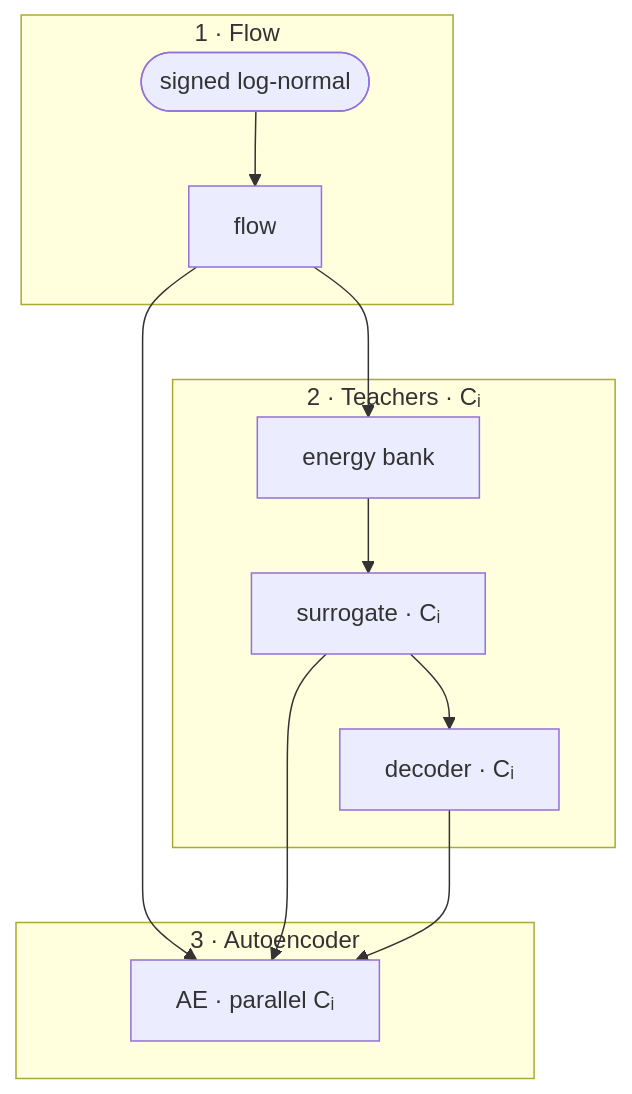
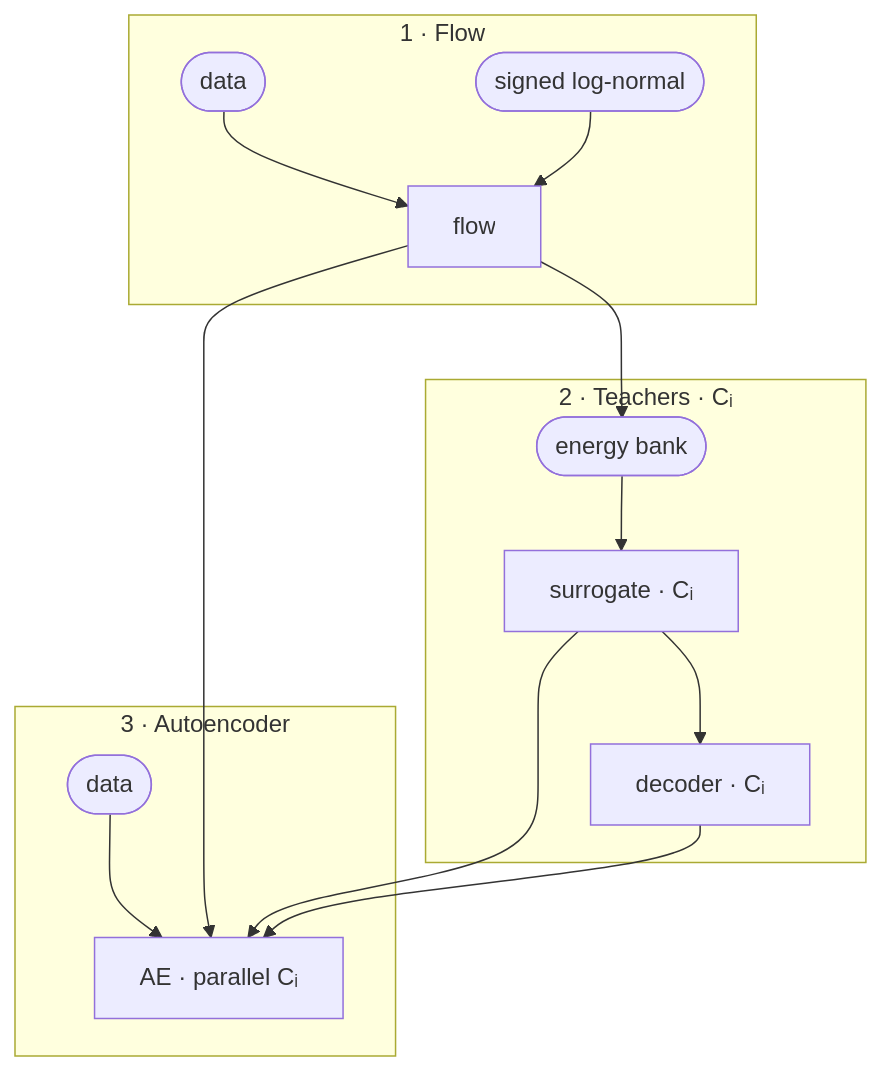
Before and after one commit to matovitch/lpap: the first of 2 diagrams in README.md, drawn with Mermaid. The commit also changed other lines of this file, not shown here.

Commit message:
Clarify training-procedure diagram with rounded data nodes.
Show generic data feeding the flow and AE, and treat the energy bank as data too.

````diff
--- a/README.md
+++ b/README.md
@@ -39,17 +40,18 @@
 ```mermaid
 flowchart TB
   subgraph s1 ["1 · Flow"]
-    prior(["signed log-normal"]) --> flow[flow]
+    data1([data]) --> flow[flow]
+    prior([signed log-normal]) --> flow
   end
   subgraph s2 ["2 · Teachers · Cᵢ"]
-    bank[energy bank] --> sur["surrogate · Cᵢ"]
+    bank([energy bank]) --> sur["surrogate · Cᵢ"]
     sur --> dec["decoder · Cᵢ"]
   end
   subgraph s3 ["3 · Autoencoder"]
-    ae["AE · parallel Cᵢ"]
+    data3([data]) --> ae["AE · parallel Cᵢ"]
   end
   flow --> bank
   flow --> ae
   sur --> ae
   dec --> ae
 ```
````
